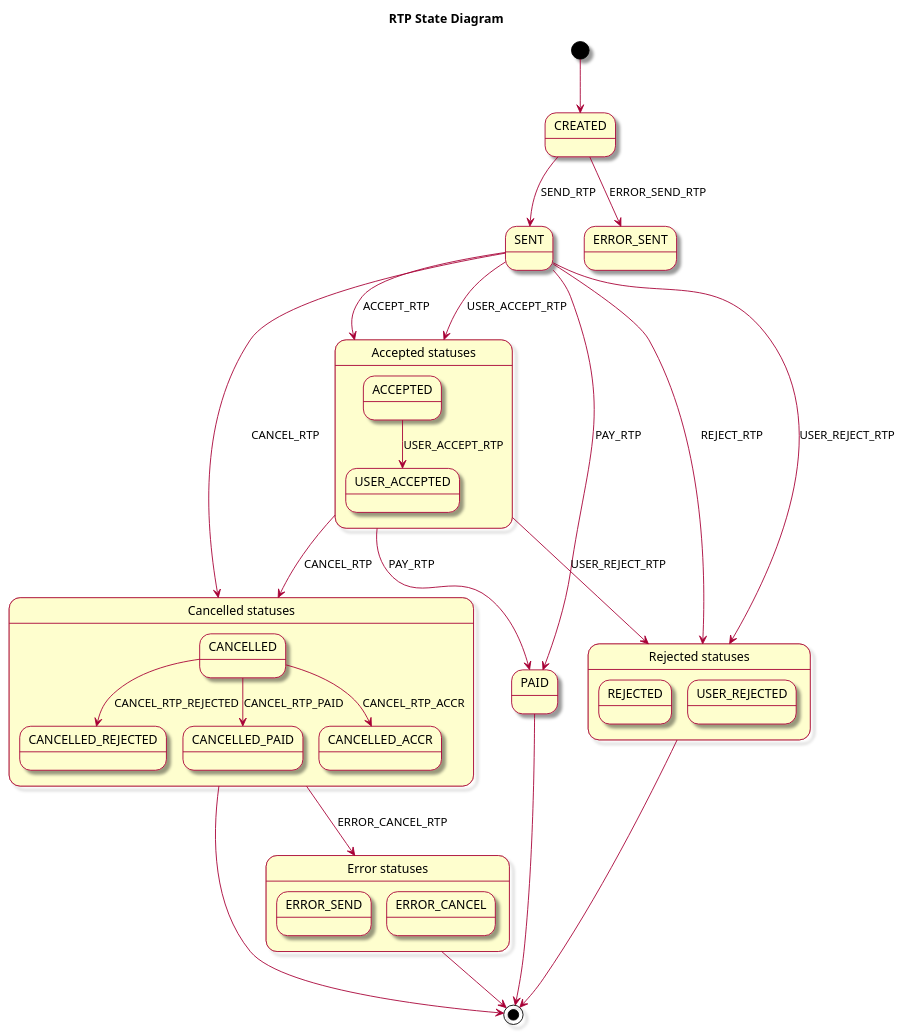
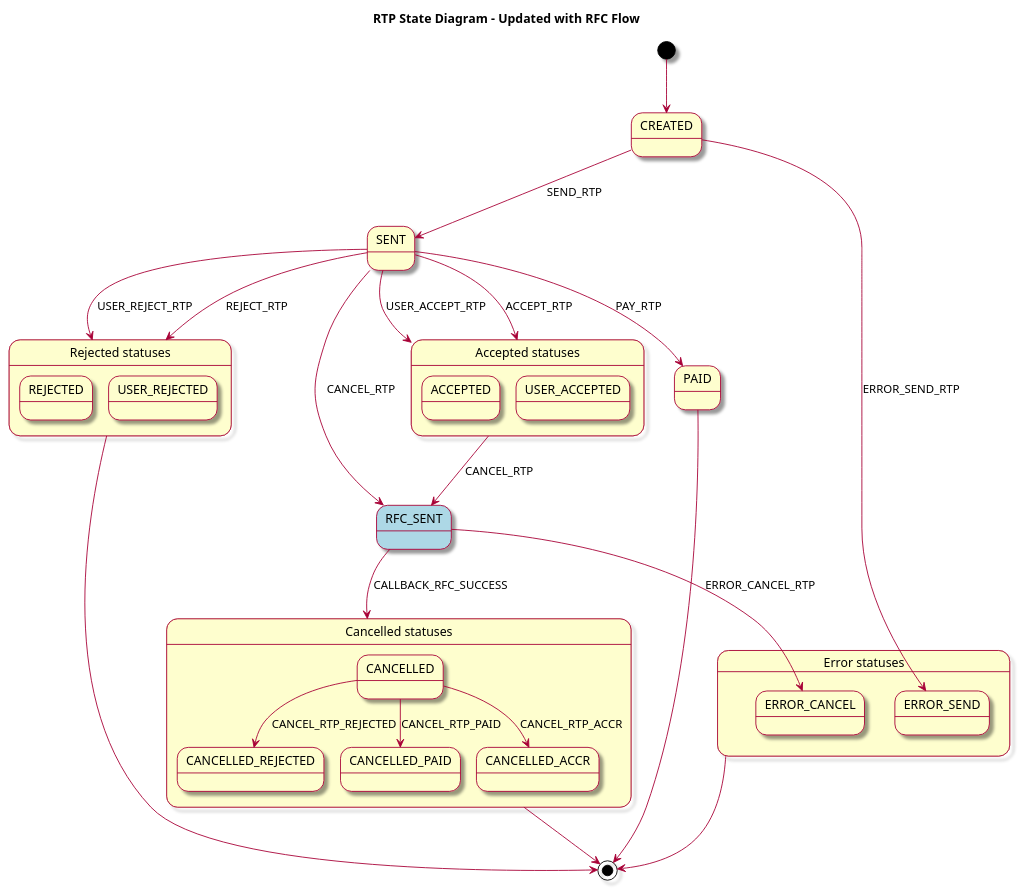
One commit to pagopa/rtp-docs changed the diagram in diagrams/rtp-state-diagram.puml. Above: the diagram before and after it, drawn with PlantUML. The commit also changed 1 other file, not shown here.

Commit message:
[SRTP-1354] Updated RTP Diagrams

```diff
--- a/diagrams/rtp-state-diagram.puml
+++ b/diagrams/rtp-state-diagram.puml
@@ -1,58 +1,60 @@
 @startuml
 skin rose
-title RTP State Diagram
+title RTP State Diagram - Updated with RFC Flow
 
 state CREATED
 state SENT
+state RFC_SENT #LightBlue
 
 state "Error statuses" as ES {
     state ERROR_SEND
     state ERROR_CANCEL
 }
 
 state "Accepted statuses" as AS {
     state ACCEPTED
     state USER_ACCEPTED
 }
 
 state "Rejected statuses" as RS {
     state REJECTED
     state USER_REJECTED
 }
 
 state "Cancelled statuses" as CS {
     state CANCELLED
     state CANCELLED_REJECTED
     state CANCELLED_PAID
     state CANCELLED_ACCR
 }
 
 [*] --> CREATED
 
-
 CREATED --> SENT : SEND_RTP
-CREATED --> ERROR_SENT : ERROR_SEND_RTP
+CREATED --> ERROR_SEND : ERROR_SEND_RTP
 
 SENT --> AS : ACCEPT_RTP
 SENT --> RS : REJECT_RTP
 SENT --> AS : USER_ACCEPT_RTP
 SENT --> RS : USER_REJECT_RTP
 SENT --> PAID : PAY_RTP
-SENT --> CS : CANCEL_RTP
 
-ACCEPTED --> USER_ACCEPTED : USER_ACCEPT_RTP
-AS --> RS : USER_REJECT_RTP
-AS --> CS : CANCEL_RTP
-AS --> PAID : PAY_RTP
+' Nuovo Flusso RFC
+SENT --> RFC_SENT : CANCEL_RTP
+AS --> RFC_SENT : CANCEL_RTP
 
+' Gestione esiti da RFC_SENT
+RFC_SENT --> CS : CALLBACK_RFC_SUCCESS
+RFC_SENT --> ERROR_CANCEL : ERROR_CANCEL_RTP
+
+' Sottostati di cancellazione
 CANCELLED --> CANCELLED_ACCR : CANCEL_RTP_ACCR
 CANCELLED --> CANCELLED_REJECTED : CANCEL_RTP_REJECTED
 CANCELLED --> CANCELLED_PAID : CANCEL_RTP_PAID
-CS --> ES : ERROR_CANCEL_RTP
 
 PAID --> [*]
 RS --> [*]
 ES --> [*]
 CS --> [*]
 
 @enduml
```
